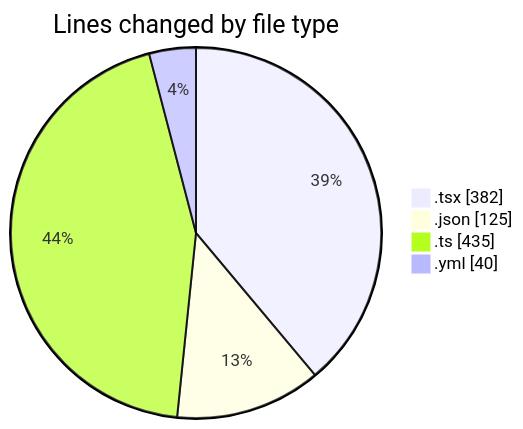
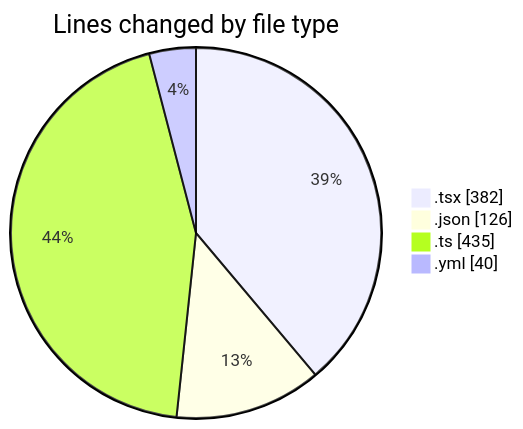
Before and after one commit to julien-gomy/code-tracking: the first of 2 diagrams in 2025-11-28/eventscop-frontend-guide__workspace_/README.md, drawn with Mermaid. The commit also changed other lines of this file and 1 other file, not shown here.

````diff
--- a/2025-11-28/eventscop-frontend-guide__workspace_/README.md
+++ b/2025-11-28/eventscop-frontend-guide__workspace_/README.md
@@ -27,8 +27,8 @@
 ```mermaid
 pie showData
 title Lines changed by file type
 ".tsx" : 382
-".json" : 125
+".json" : 126
 ".ts" : 435
 ".yml" : 40
 ```
````
